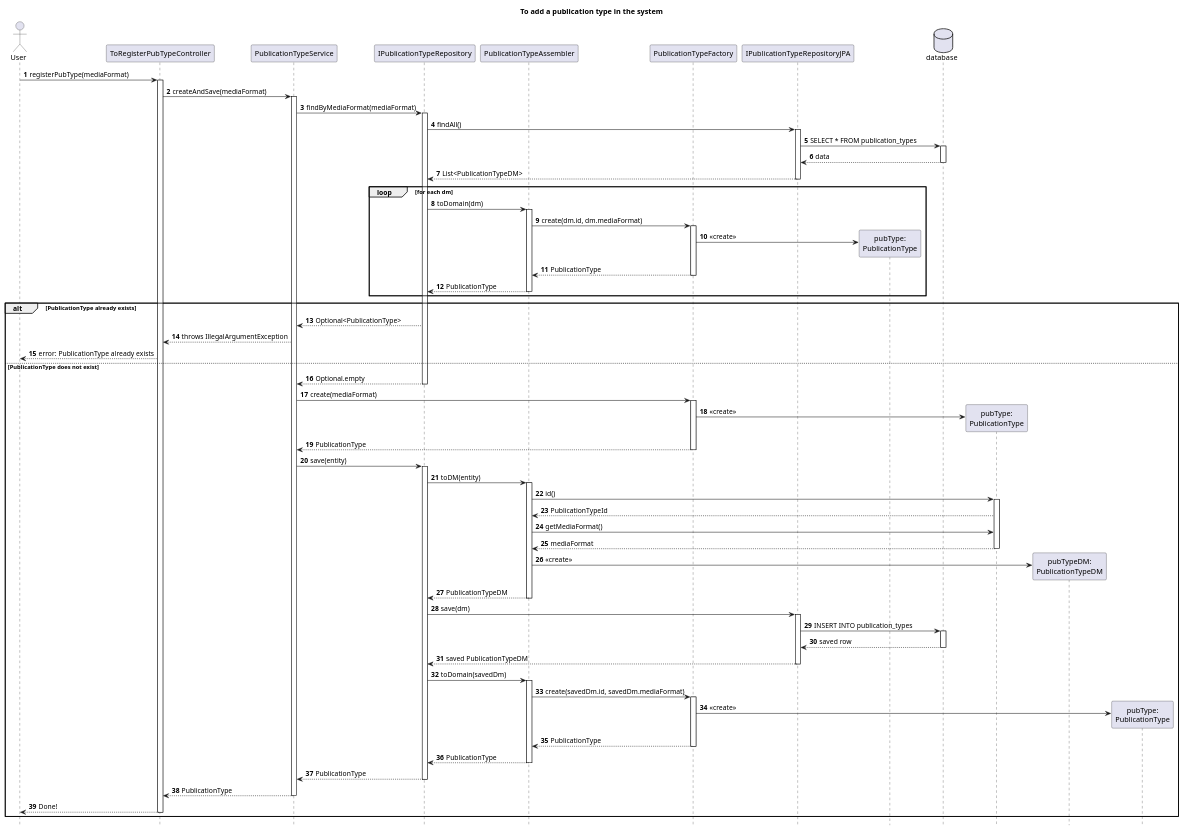
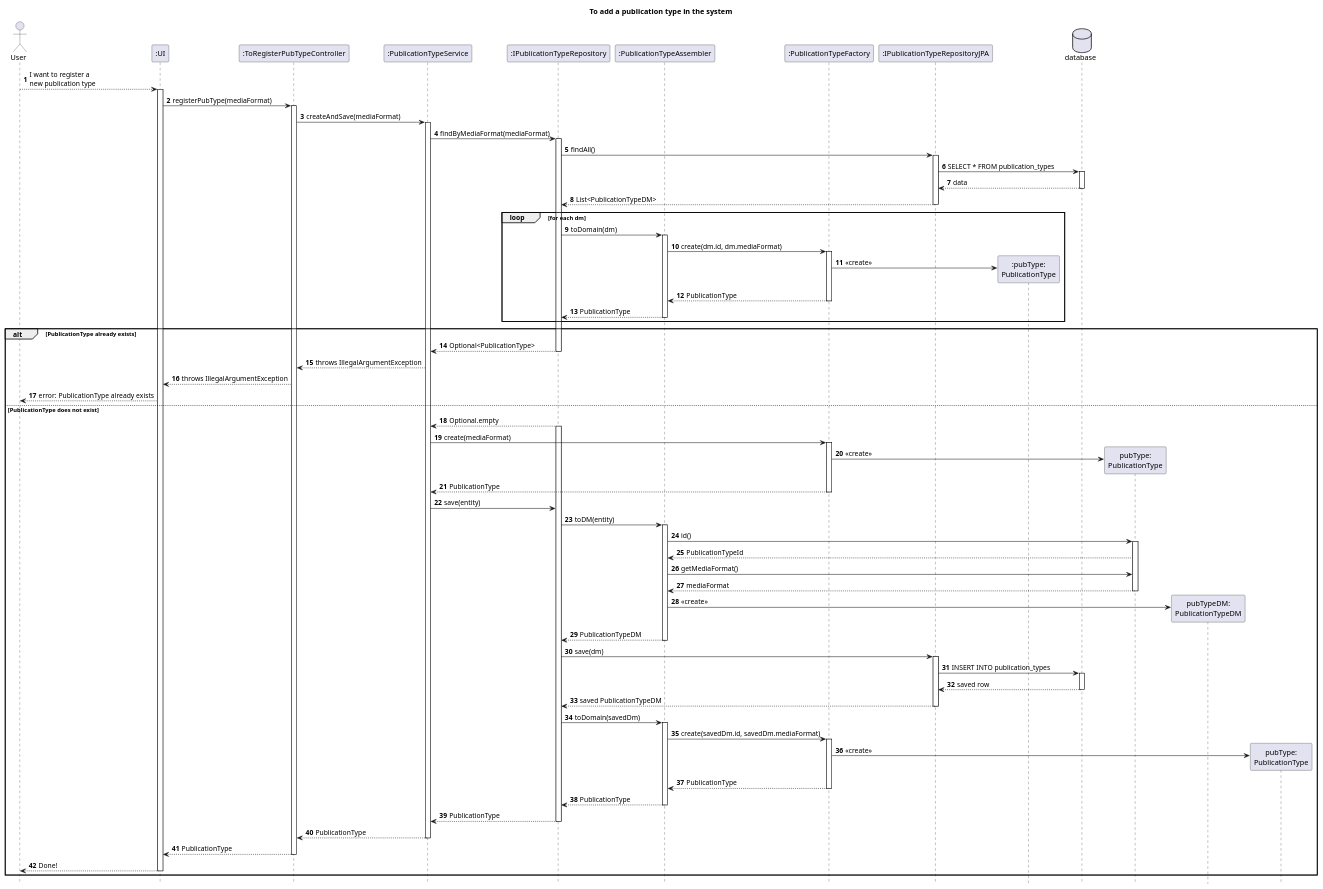
The diagram in Diagrams/SequenceDiagrams/N2/To-register-a-publication-type.puml (AndrePereiraGitH/SWitCH-Project-Team_A), drawn with PlantUML before and after one commit. The commit also changed 1 other file, not shown here.

Commit message:
diagrams: updated diagrams with persistance for register publication type feature #771

```diff
--- a/Diagrams/SequenceDiagrams/N2/To-register-a-publication-type.puml
+++ b/Diagrams/SequenceDiagrams/N2/To-register-a-publication-type.puml
@@ -1,130 +1,139 @@
 @startuml
 title To add a publication type in the system
 hide footbox
 autonumber
 
 actor User
 
-participant "ToRegisterPubTypeController" as Controller
-participant "PublicationTypeService" as Service
-participant "IPublicationTypeRepository" as Repo
-participant "PublicationTypeAssembler" as Assembler
-participant "PublicationTypeFactory" as Factory
-participant "IPublicationTypeRepositoryJPA" as JpaRepo
-participant "pubType:\nPublicationType" as pubType
+participant ":UI" as UI
+participant ":ToRegisterPubTypeController" as Controller
+participant ":PublicationTypeService" as Service
+participant ":IPublicationTypeRepository" as Repo
+participant ":PublicationTypeAssembler" as Assembler
+participant ":PublicationTypeFactory" as Factory
+participant ":IPublicationTypeRepositoryJPA" as JpaRepo
+participant ":pubType:\nPublicationType" as pubType
 
 database "database" as DB
 
-User -> Controller : registerPubType(mediaFormat)
+User --> UI : I want to register a \nnew publication type
+activate UI
+
+UI -> Controller : registerPubType(mediaFormat)
 activate Controller
 
 Controller -> Service : createAndSave(mediaFormat)
 activate Service
 
 Service -> Repo : findByMediaFormat(mediaFormat)
 activate Repo
 
 Repo -> JpaRepo : findAll()
 activate JpaRepo
 
 JpaRepo -> DB : SELECT * FROM publication_types
 activate DB
 DB --> JpaRepo : data
 deactivate DB
 
 JpaRepo --> Repo : List<PublicationTypeDM>
 deactivate JpaRepo
 
 loop for each dm
     Repo -> Assembler : toDomain(dm)
     activate Assembler
 
     Assembler -> Factory : create(dm.id, dm.mediaFormat)
     activate Factory
 
     Factory -> pubType ** : <<create>>
 
     Factory --> Assembler : PublicationType
     deactivate Factory
 
     Assembler --> Repo : PublicationType
     deactivate Assembler
 end
 
 alt PublicationType already exists
     Repo --> Service : Optional<PublicationType>
+    deactivate Repo
 
     Service --> Controller : throws IllegalArgumentException
-
-    Controller --> User : error: PublicationType already exists
+    Controller --> UI : throws IllegalArgumentException
+    UI --> User : error: PublicationType already exists
 
 else PublicationType does not exist
+
     Repo --> Service : Optional.empty
-    deactivate Repo
+    activate Repo
+
     Service -> Factory : create(mediaFormat)
     activate Factory
 
     create participant "pubType:\nPublicationType" as NewPubType
     Factory -> NewPubType : <<create>>
 
     Factory --> Service : PublicationType
     deactivate Factory
 
     Service -> Repo : save(entity)
-    activate Repo
 
     Repo -> Assembler : toDM(entity)
     activate Assembler
 
     Assembler -> NewPubType : id()
     activate NewPubType
     NewPubType --> Assembler : PublicationTypeId
 
     Assembler -> NewPubType : getMediaFormat()
 
     NewPubType --> Assembler : mediaFormat
     deactivate NewPubType
 
     create participant "pubTypeDM:\nPublicationTypeDM" as NewDM
     Assembler -> NewDM : <<create>>
 
     Assembler --> Repo : PublicationTypeDM
     deactivate Assembler
 
     Repo -> JpaRepo : save(dm)
     activate JpaRepo
 
     JpaRepo -> DB : INSERT INTO publication_types
     activate DB
     DB --> JpaRepo : saved row
     deactivate DB
 
     JpaRepo --> Repo : saved PublicationTypeDM
     deactivate JpaRepo
 
     Repo -> Assembler : toDomain(savedDm)
     activate Assembler
 
     Assembler -> Factory : create(savedDm.id, savedDm.mediaFormat)
     activate Factory
 
     create participant "pubType:\nPublicationType" as SavedPubType
     Factory -> SavedPubType : <<create>>
 
     Factory --> Assembler : PublicationType
     deactivate Factory
 
     Assembler --> Repo : PublicationType
     deactivate Assembler
 
     Repo --> Service : PublicationType
     deactivate Repo
 
     Service --> Controller : PublicationType
     deactivate Service
 
-    Controller --> User : Done!
+    Controller --> UI : PublicationType
     deactivate Controller
+
+    UI --> User : Done!
+    deactivate UI
 end
 
 @enduml
```
